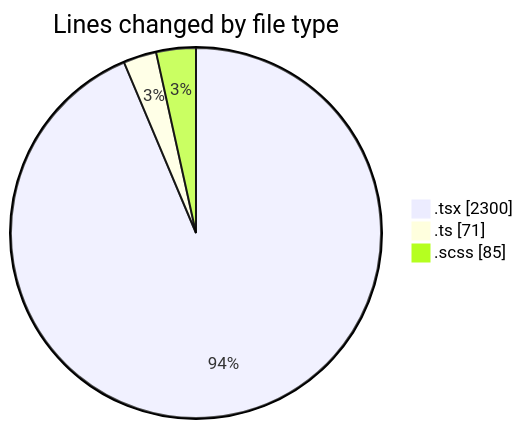
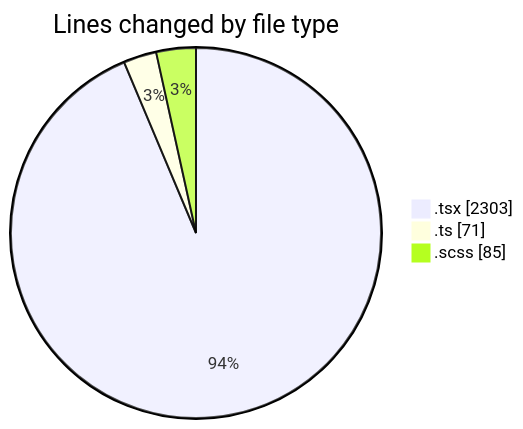
One commit to momahboobian/code-tracking changed the first of 2 diagrams in 2025-02-11/cda/README.md. Above: the diagram before and after it, drawn with Mermaid. The commit also changed other lines of this file and 1 other file, not shown here.

````diff
--- a/2025-02-11/cda/README.md
+++ b/2025-02-11/cda/README.md
@@ -24,7 +24,7 @@
 ```mermaid
 pie showData
 title Lines changed by file type
-".tsx" : 2300
+".tsx" : 2303
 ".ts" : 71
 ".scss" : 85
 ```
````
